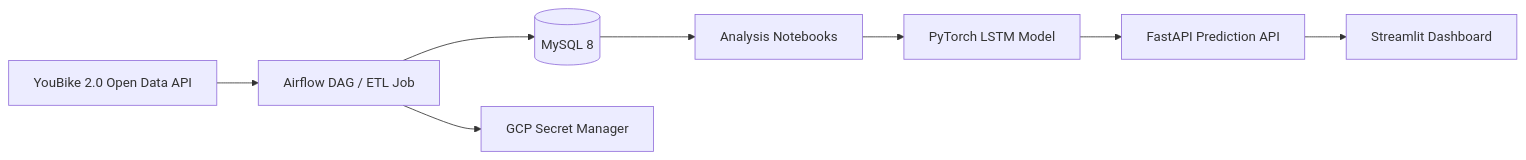
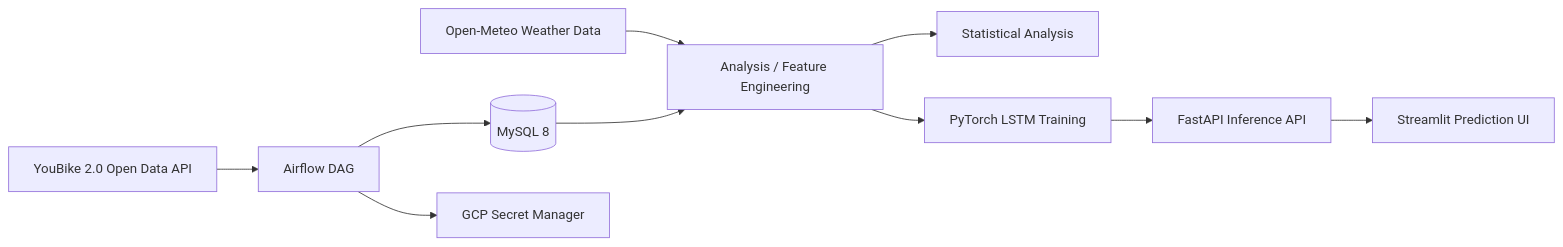
The diagram in README.en.md (kevinlin000/YouBike-ETL-Pipeline), drawn with Mermaid before and after one commit. The commit also changed other lines of this file and 1 other file, not shown here.

````diff
--- a/README.en.md
+++ b/README.en.md
@@ -23,11 +45,12 @@
 ```mermaid
 flowchart LR
-    A[YouBike 2.0 Open Data API] --> B[Airflow DAG / ETL Job]
+    A[YouBike 2.0 Open Data API] --> B[Airflow DAG]
+    W[Open-Meteo Weather Data] --> D[Analysis / Feature Engineering]
     B --> C[(MySQL 8)]
-    C --> D[Analysis Notebooks]
-    D --> E[PyTorch LSTM Model]
-    E --> F[FastAPI Prediction API]
-    F --> G[Streamlit Dashboard]
-
-    B --> H[GCP Secret Manager]
+    C --> D
+    D --> E[Statistical Analysis]
+    D --> F[PyTorch LSTM Training]
+    F --> G[FastAPI Inference API]
+    G --> H[Streamlit Prediction UI]
+    B --> S[GCP Secret Manager]
 ```
````
